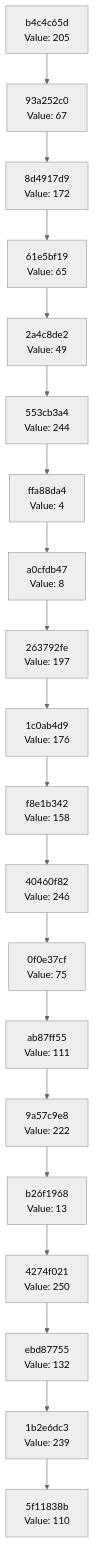
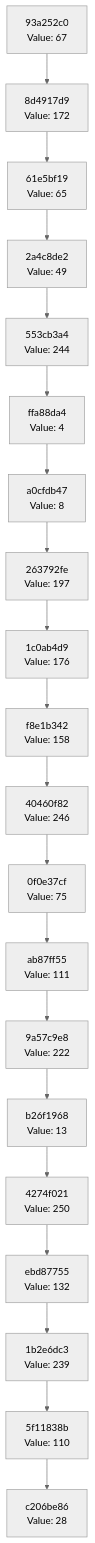
The diagram in docs/CHAIN_VISUALIZATION.md (Abhisheksinha1506/hash-chain-evolver), drawn with Mermaid (neutral theme) before and after one commit. The commit also changed 2 other files, not shown here.

Commit message:
Evolution Step

````diff
--- a/docs/CHAIN_VISUALIZATION.md
+++ b/docs/CHAIN_VISUALIZATION.md
@@ -3,42 +3,42 @@
 ```mermaid
 graph TD
-    C0["5f11838b<br/>Value: 110"]
-    C1["1b2e6dc3<br/>Value: 239"]
+    C0["c206be86<br/>Value: 28"]
+    C1["5f11838b<br/>Value: 110"]
     C1 --> C0
-    C2["ebd87755<br/>Value: 132"]
+    C2["1b2e6dc3<br/>Value: 239"]
     C2 --> C1
-    C3["4274f021<br/>Value: 250"]
+    C3["ebd87755<br/>Value: 132"]
     C3 --> C2
-    C4["b26f1968<br/>Value: 13"]
+    C4["4274f021<br/>Value: 250"]
     C4 --> C3
-    C5["9a57c9e8<br/>Value: 222"]
+    C5["b26f1968<br/>Value: 13"]
     C5 --> C4
-    C6["ab87ff55<br/>Value: 111"]
+    C6["9a57c9e8<br/>Value: 222"]
     C6 --> C5
-    C7["0f0e37cf<br/>Value: 75"]
+    C7["ab87ff55<br/>Value: 111"]
     C7 --> C6
-    C8["40460f82<br/>Value: 246"]
+    C8["0f0e37cf<br/>Value: 75"]
     C8 --> C7
-    C9["f8e1b342<br/>Value: 158"]
+    C9["40460f82<br/>Value: 246"]
     C9 --> C8
-    C10["1c0ab4d9<br/>Value: 176"]
+    C10["f8e1b342<br/>Value: 158"]
     C10 --> C9
-    C11["263792fe<br/>Value: 197"]
+    C11["1c0ab4d9<br/>Value: 176"]
     C11 --> C10
-    C12["a0cfdb47<br/>Value: 8"]
+    C12["263792fe<br/>Value: 197"]
     C12 --> C11
-    C13["ffa88da4<br/>Value: 4"]
+    C13["a0cfdb47<br/>Value: 8"]
     C13 --> C12
-    C14["553cb3a4<br/>Value: 244"]
+    C14["ffa88da4<br/>Value: 4"]
     C14 --> C13
-    C15["2a4c8de2<br/>Value: 49"]
+    C15["553cb3a4<br/>Value: 244"]
     C15 --> C14
-    C16["61e5bf19<br/>Value: 65"]
+    C16["2a4c8de2<br/>Value: 49"]
     C16 --> C15
-    C17["8d4917d9<br/>Value: 172"]
+    C17["61e5bf19<br/>Value: 65"]
     C17 --> C16
-    C18["93a252c0<br/>Value: 67"]
+    C18["8d4917d9<br/>Value: 172"]
     C18 --> C17
-    C19["b4c4c65d<br/>Value: 205"]
+    C19["93a252c0<br/>Value: 67"]
     C19 --> C18
 ```
````
